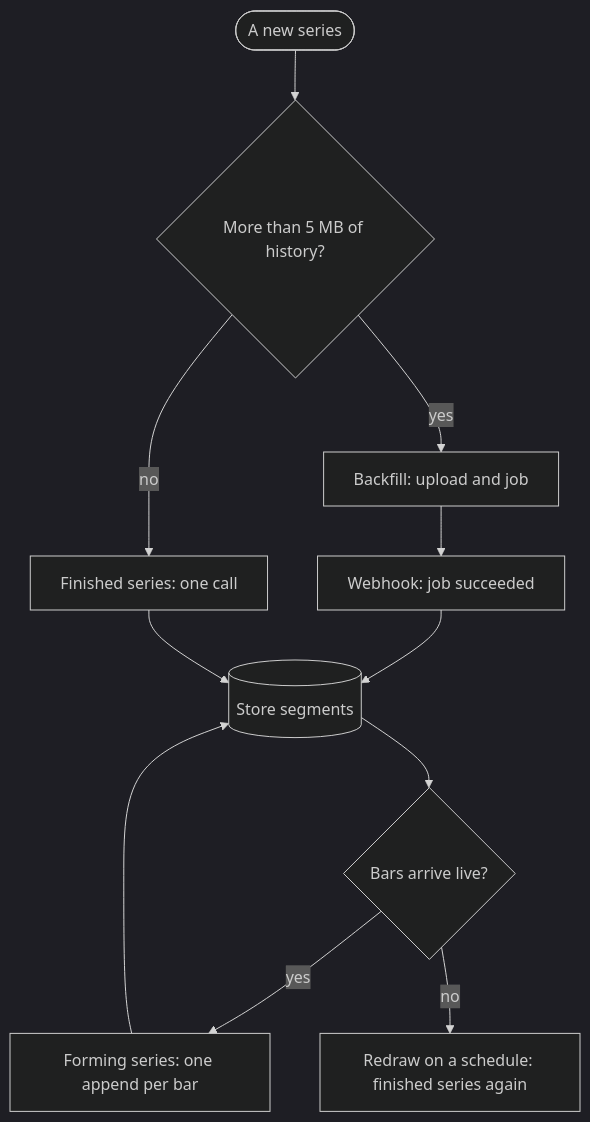
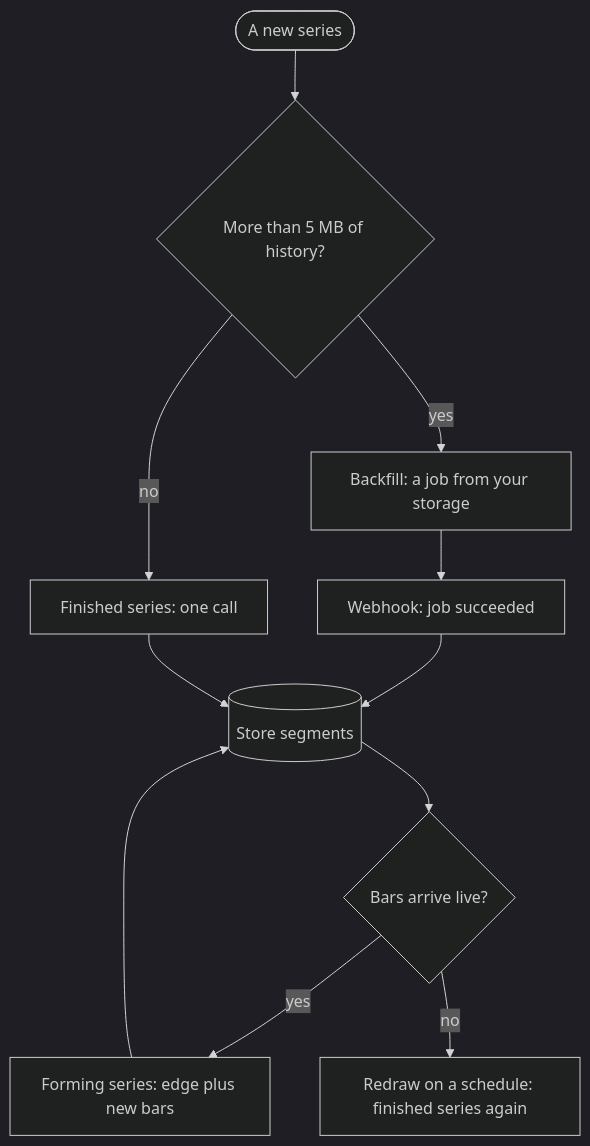
One commit to patternode/patternode-developers changed the diagram in website/docs/guides/integration-patterns.md. Above: the diagram before and after it, drawn with Mermaid (dark theme). The commit also changed other lines of this file and 81 other files, not shown here.

First line of the commit message:
feat: stateless contract with sealed edges, architecture views, quant fund views (#7)

````diff
--- a/website/docs/guides/integration-patterns.md
+++ b/website/docs/guides/integration-patterns.md
@@ -18,9 +18,9 @@
 ```mermaid
 flowchart TB
   start([A new series]) --> big{More than 5 MB of history?}
-  big -- yes --> bf[Backfill: upload and job] --> wh[Webhook: job succeeded] --> store[(Store segments)]
+  big -- yes --> bf[Backfill: a job from your storage] --> wh[Webhook: job succeeded] --> store[(Store segments)]
   big -- no --> fin[Finished series: one call] --> store
   store --> live{Bars arrive live?}
-  live -- yes --> fs[Forming series: one append per bar] --> store
+  live -- yes --> fs[Forming series: edge plus new bars] --> store
   live -- no --> redraw[Redraw on a schedule: finished series again]
 ```
````
